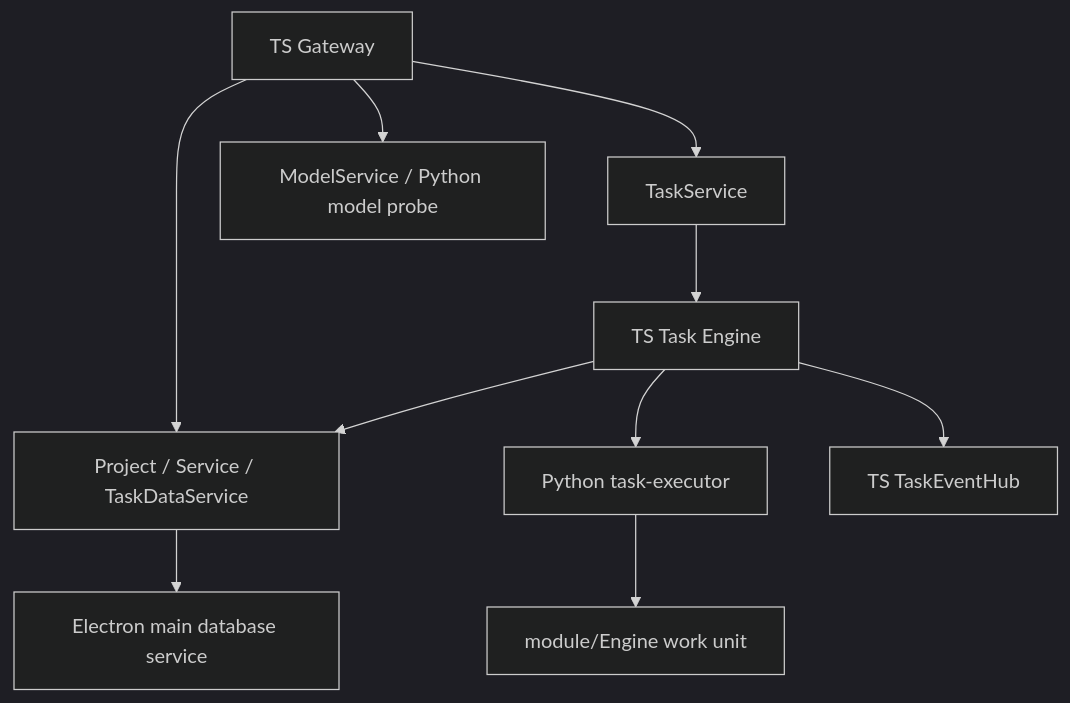
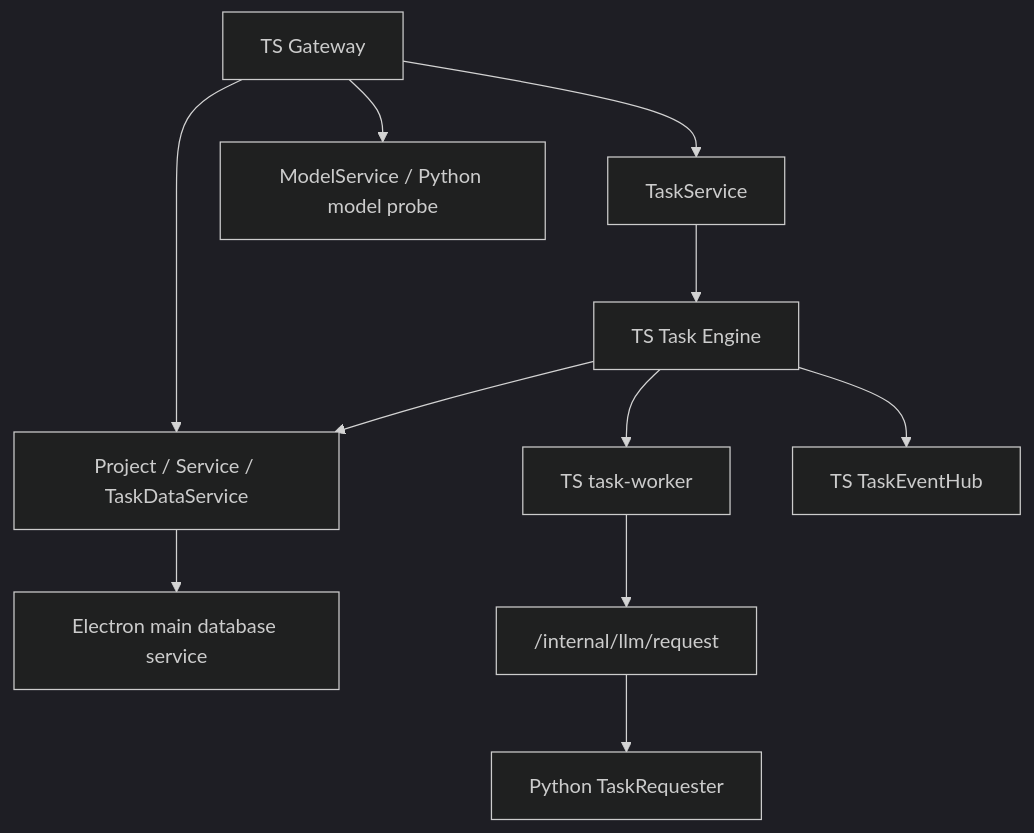
Before and after one commit to neavo/LinguaGacha: the first of 4 diagrams in docs/DATA.md, drawn with Mermaid (dark theme). The commit also changed other lines of this file and 102 other files, not shown here.

````diff
--- a/docs/DATA.md
+++ b/docs/DATA.md
@@ -18,12 +19,13 @@
 ```mermaid
 flowchart TD
     A["TS Gateway"] --> B["Project / Service / TaskDataService"]
     B --> C["Electron main database service"]
     A --> D["TaskService"]
     D --> E["TS Task Engine"]
-    E --> F["Python task-executor"]
-    F --> G["module/Engine work unit"]
+    E --> F["TS task-worker"]
+    F --> G["/internal/llm/request"]
+    G --> J["Python TaskRequester"]
     E --> B
     E --> H["TS TaskEventHub"]
     A --> I["ModelService / Python model probe"]
 ```
````
